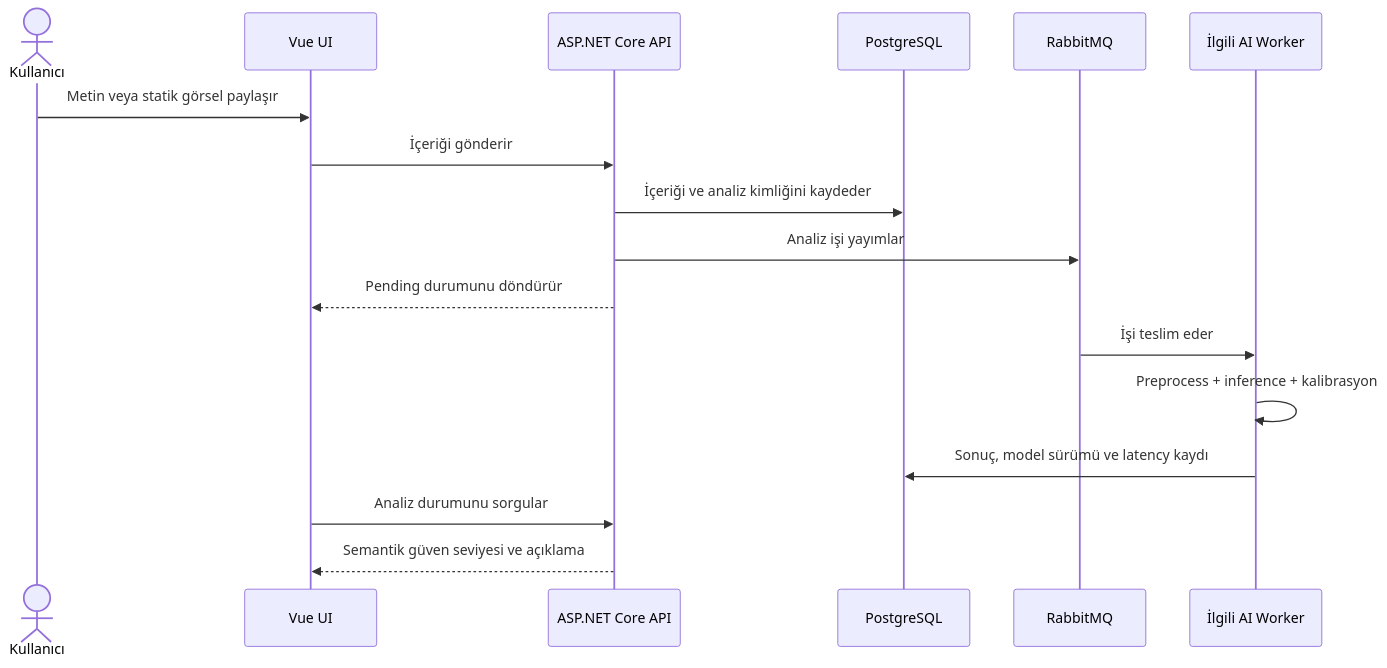
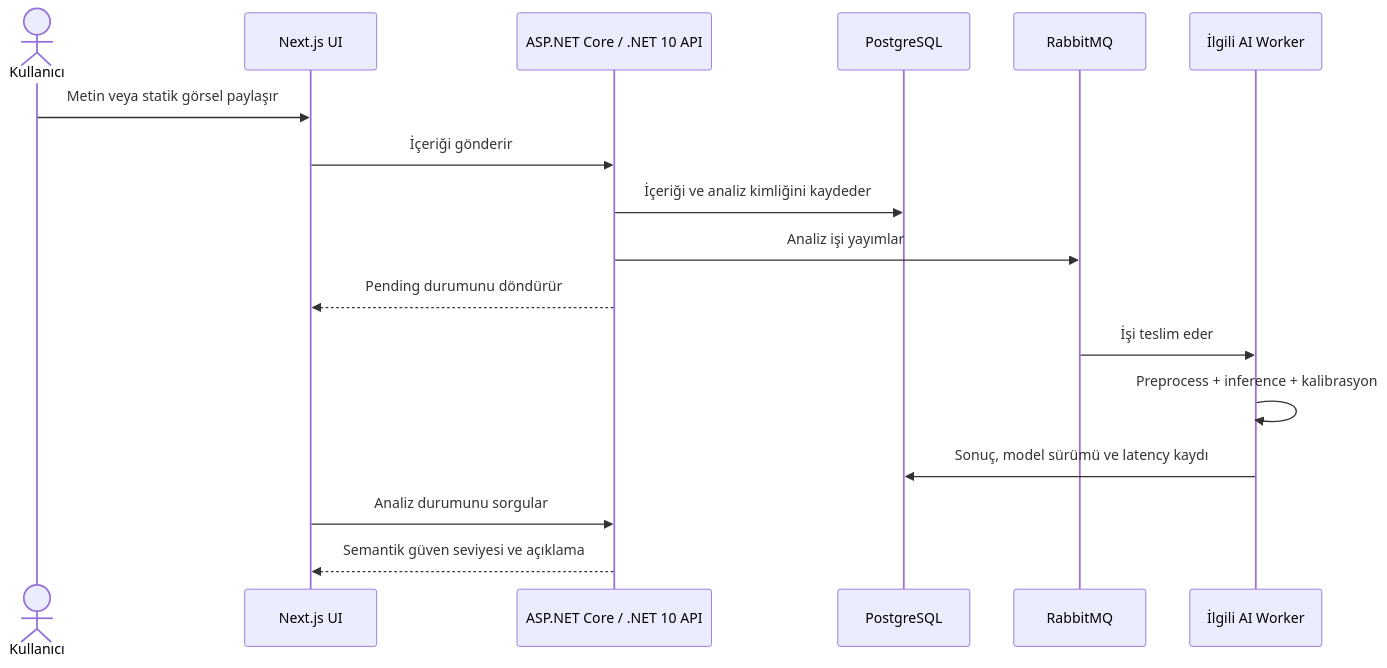
One commit to NKBora/n-guven changed the second of 3 diagrams in README.md. Above: the diagram before and after it, drawn with Mermaid. The commit also changed other lines of this file, not shown here.

Commit message:
docs(architecture): align target stack with Next.js and .NET 10

````diff
--- a/README.md
+++ b/README.md
@@ -116,20 +116,20 @@
 ```mermaid
 sequenceDiagram
     actor User as Kullanıcı
-    participant UI as Vue UI
-    participant API as ASP.NET Core API
+    participant UI as Next.js UI
+    participant API as ASP.NET Core / .NET 10 API
     participant DB as PostgreSQL
     participant MQ as RabbitMQ
     participant AI as İlgili AI Worker
 
     User->>UI: Metin veya statik görsel paylaşır
     UI->>API: İçeriği gönderir
     API->>DB: İçeriği ve analiz kimliğini kaydeder
     API->>MQ: Analiz işi yayımlar
     API-->>UI: Pending durumunu döndürür
     MQ->>AI: İşi teslim eder
     AI->>AI: Preprocess + inference + kalibrasyon
     AI->>DB: Sonuç, model sürümü ve latency kaydı
     UI->>API: Analiz durumunu sorgular
     API-->>UI: Semantik güven seviyesi ve açıklama
 ```
````
